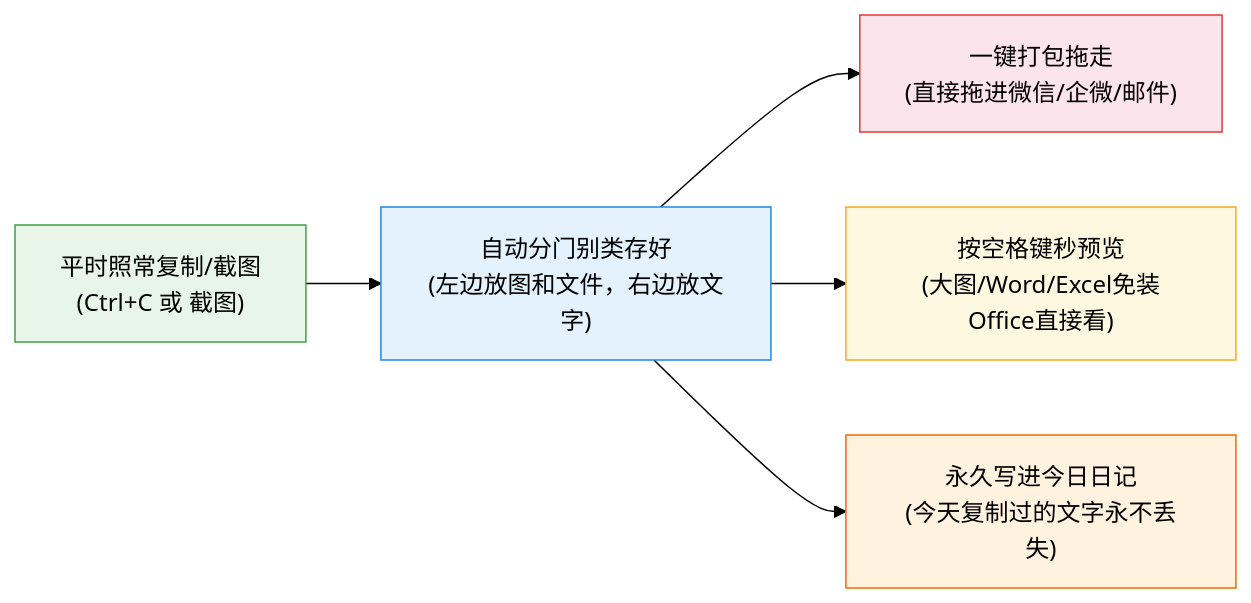
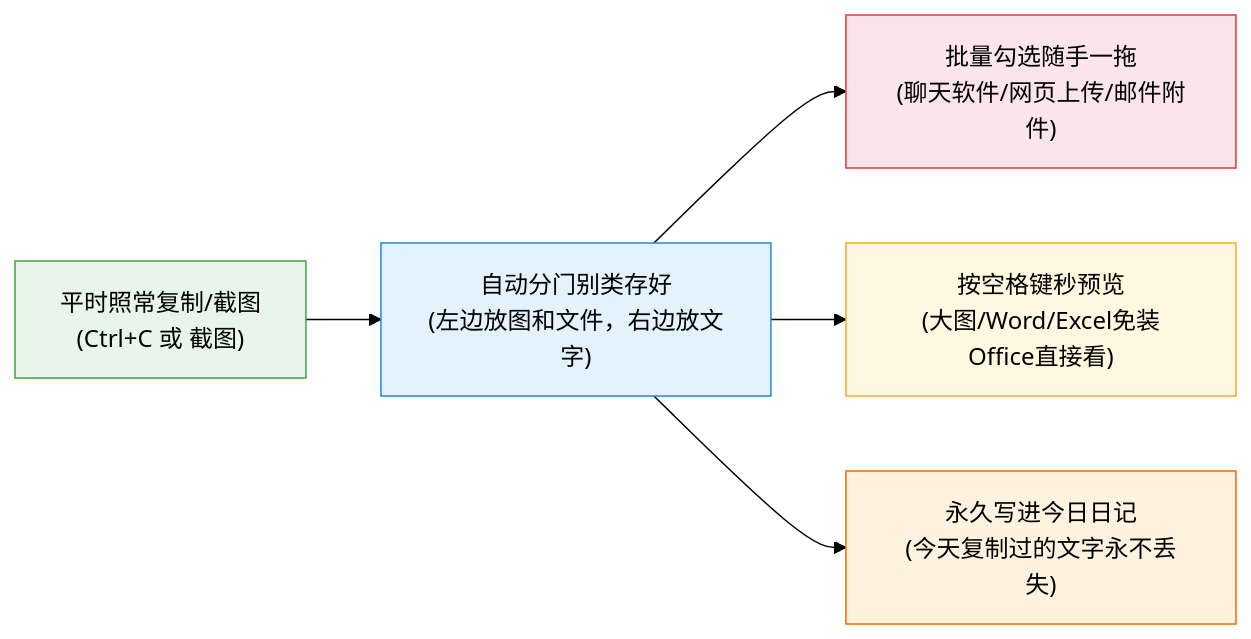
Before and after one commit to CatBoss-Paw/EasyClipboard: the first of 7 diagrams in README.md, drawn with Mermaid (forest theme). The commit also changed other lines of this file, not shown here.

````diff
--- a/README.md
+++ b/README.md
@@ -49,13 +49,13 @@
 ```mermaid
 graph LR
     A["平时照常复制/截图<br/>(Ctrl+C 或 截图)"] --> B["自动分门别类存好<br/>(左边放图和文件，右边放文字)"]
-    B --> C["一键打包拖走<br/>(直接拖进微信/企微/邮件)"]
+    B --> C["批量勾选随手一拖<br/>(聊天软件/网页上传/邮件附件)"]
     B --> D["按空格键秒预览<br/>(大图/Word/Excel免装Office直接看)"]
     B --> E["永久写进今日日记<br/>(今天复制过的文字永不丢失)"]
 
     style A fill:#e8f5e9,stroke:#43a047,color:#000
     style B fill:#e3f2fd,stroke:#1e88e5,color:#000
     style C fill:#fce4ec,stroke:#e53935,color:#000
     style D fill:#fff8e1,stroke:#f9a825,color:#000
     style E fill:#fff3e0,stroke:#ef6c00,color:#000
 ```
````
